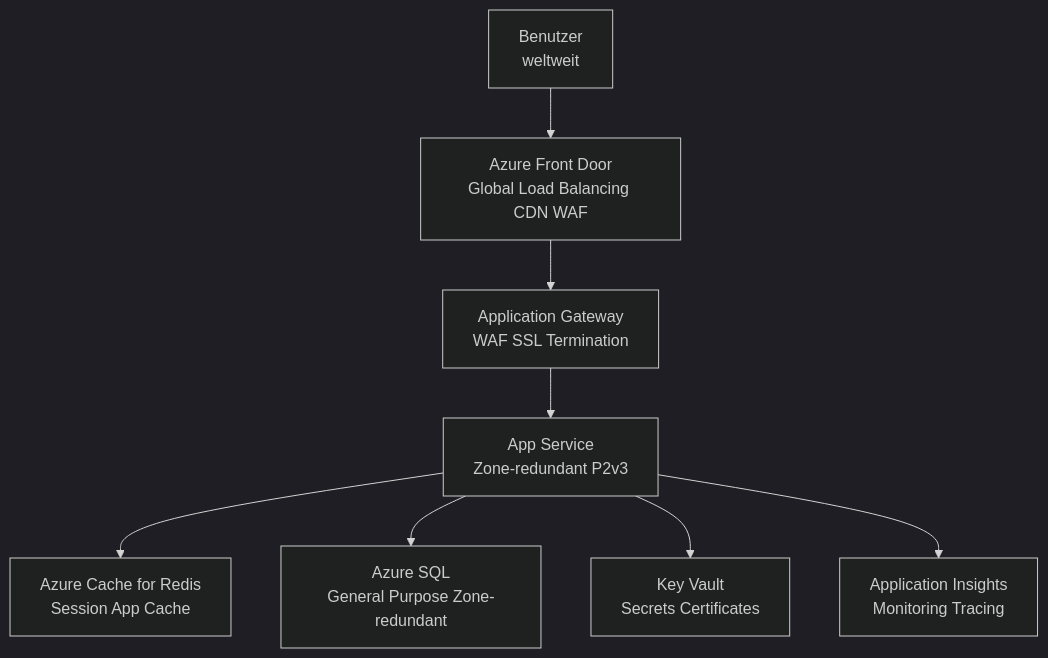
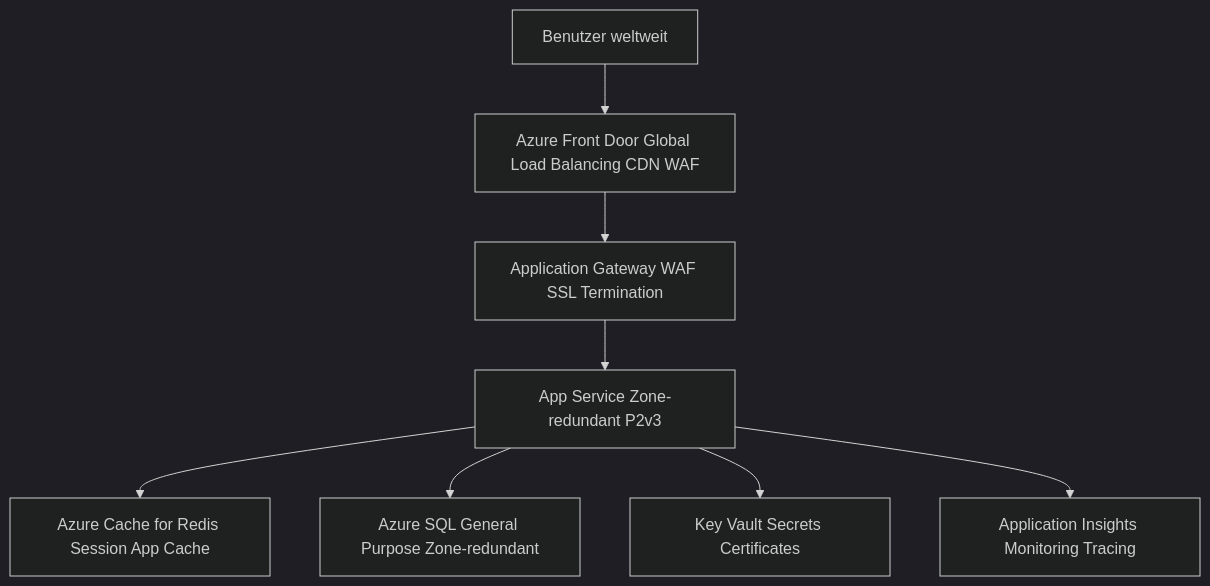
One commit to SoniiiT/notes-n-docs changed the fourth of 4 diagrams in Microsoft 365/Azure/Grundlagen/Azure Well-Architected Framework.md. Above: the diagram before and after it, drawn with Mermaid (dark theme). The commit also changed other lines of this file and 124 other files, not shown here.

First line of the commit message:
fix: Entferne \n aus allen Mermaid-Diagrammen (125 Dateien)

````diff
--- a/Microsoft 365/Azure/Grundlagen/Azure Well-Architected Framework.md
+++ b/Microsoft 365/Azure/Grundlagen/Azure Well-Architected Framework.md
@@ -300,10 +300,10 @@
 ```mermaid
 graph TD
-    USER[Benutzer\nweltweit] --> AFD[Azure Front Door\nGlobal Load Balancing CDN WAF]
-    AFD --> AGW[Application Gateway\nWAF SSL Termination]
-    AGW --> APP[App Service\nZone-redundant P2v3]
-    APP --> REDIS[Azure Cache for Redis\nSession App Cache]
-    APP --> SQL[Azure SQL\nGeneral Purpose Zone-redundant]
-    APP --> KV[Key Vault\nSecrets Certificates]
-    APP --> AI[Application Insights\nMonitoring Tracing]
+    USER[Benutzer weltweit] --> AFD[Azure Front Door Global Load Balancing CDN WAF]
+    AFD --> AGW[Application Gateway WAF SSL Termination]
+    AGW --> APP[App Service Zone-redundant P2v3]
+    APP --> REDIS[Azure Cache for Redis Session App Cache]
+    APP --> SQL[Azure SQL General Purpose Zone-redundant]
+    APP --> KV[Key Vault Secrets Certificates]
+    APP --> AI[Application Insights Monitoring Tracing]
 ```
````
